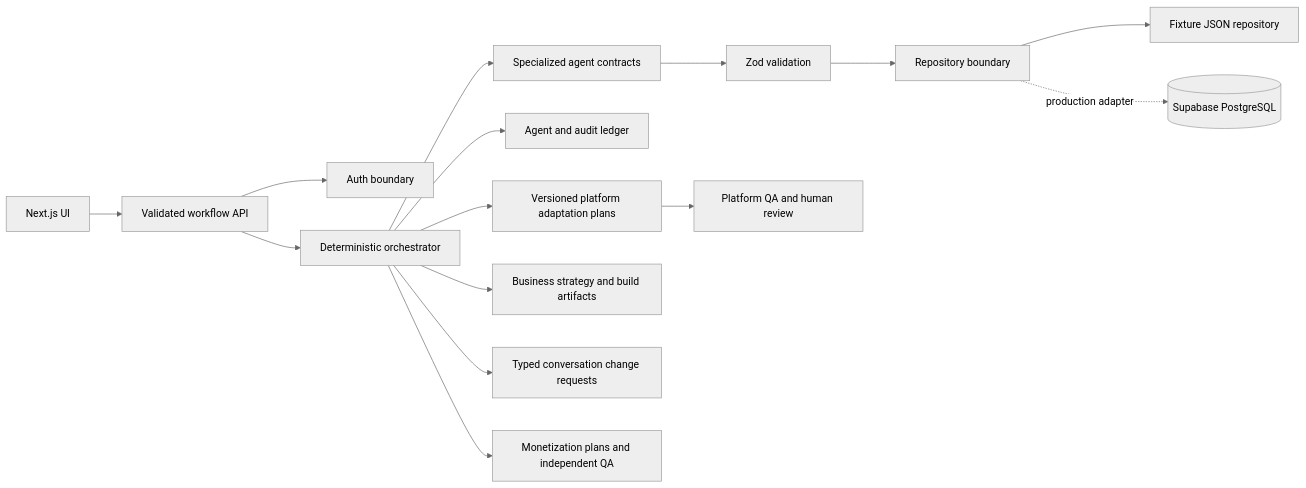
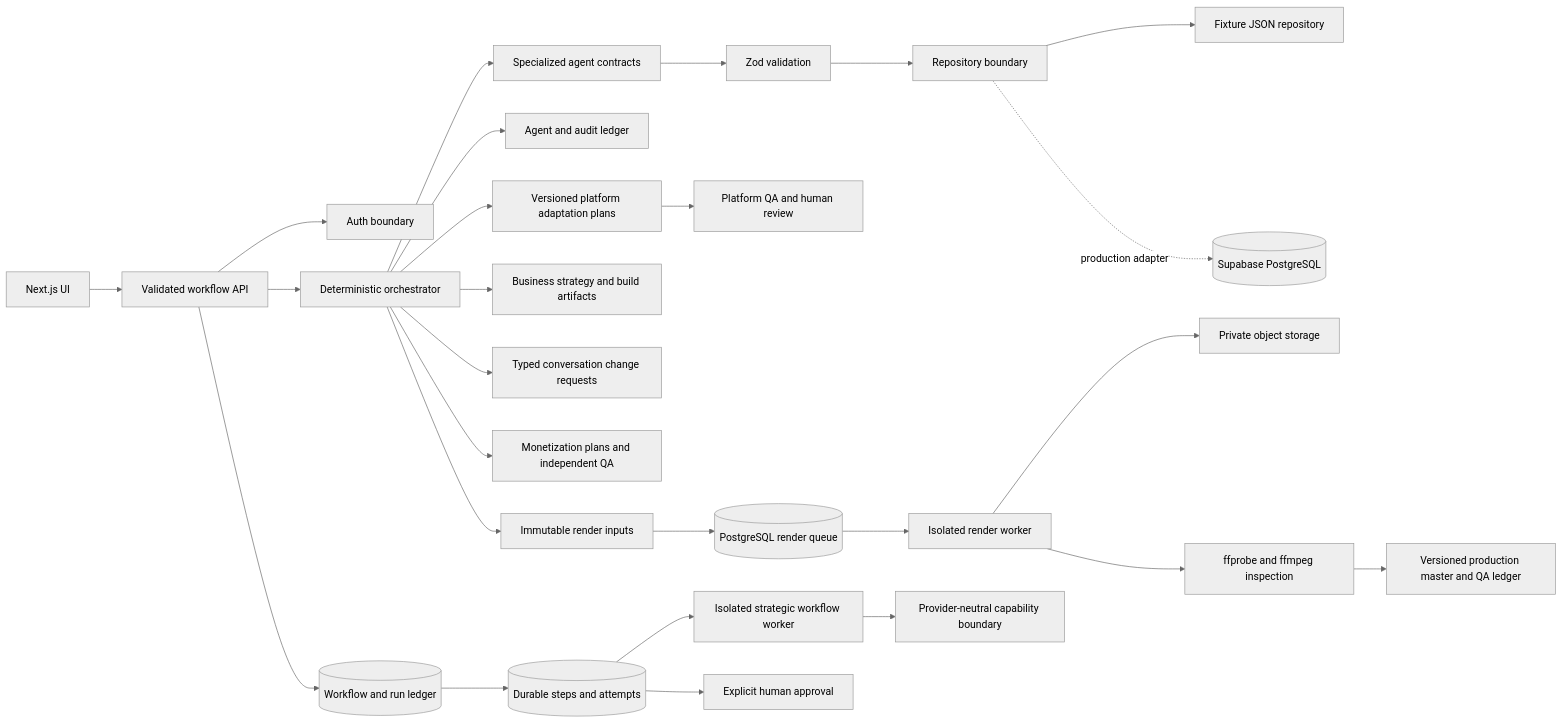
The diagram in docs/architecture.md (gekgrind/channelwright), drawn with Mermaid (neutral theme) before and after one commit. The commit also changed other lines of this file and 141 other files, not shown here.

````diff
--- a/docs/architecture.md
+++ b/docs/architecture.md
@@ -5,17 +5,28 @@
 ```mermaid
 flowchart LR
   UI[Next.js UI] --> API[Validated workflow API]
   API --> Auth[Auth boundary]
   API --> O[Deterministic orchestrator]
   O --> A[Specialized agent contracts]
   A --> V[Zod validation]
   V --> R[Repository boundary]
   R --> M[Fixture JSON repository]
   R -. production adapter .-> P[(Supabase PostgreSQL)]
   O --> L[Agent and audit ledger]
   O --> D[Versioned platform adaptation plans]
   D --> Q[Platform QA and human review]
   O --> B[Business strategy and build artifacts]
   O --> C[Typed conversation change requests]
   O --> Z[Monetization plans and independent QA]
+  O --> RI[Immutable render inputs]
+  RI --> J[(PostgreSQL render queue)]
+  J --> W[Isolated render worker]
+  W --> S[Private object storage]
+  W --> I[ffprobe and ffmpeg inspection]
+  I --> PM[Versioned production master and QA ledger]
+  API --> WR[(Workflow and run ledger)]
+  WR --> WS[(Durable steps and attempts)]
+  WS --> WW[Isolated strategic workflow worker]
+  WW --> AB[Provider-neutral capability boundary]
+  WS --> HA[Explicit human approval]
 ```
````
